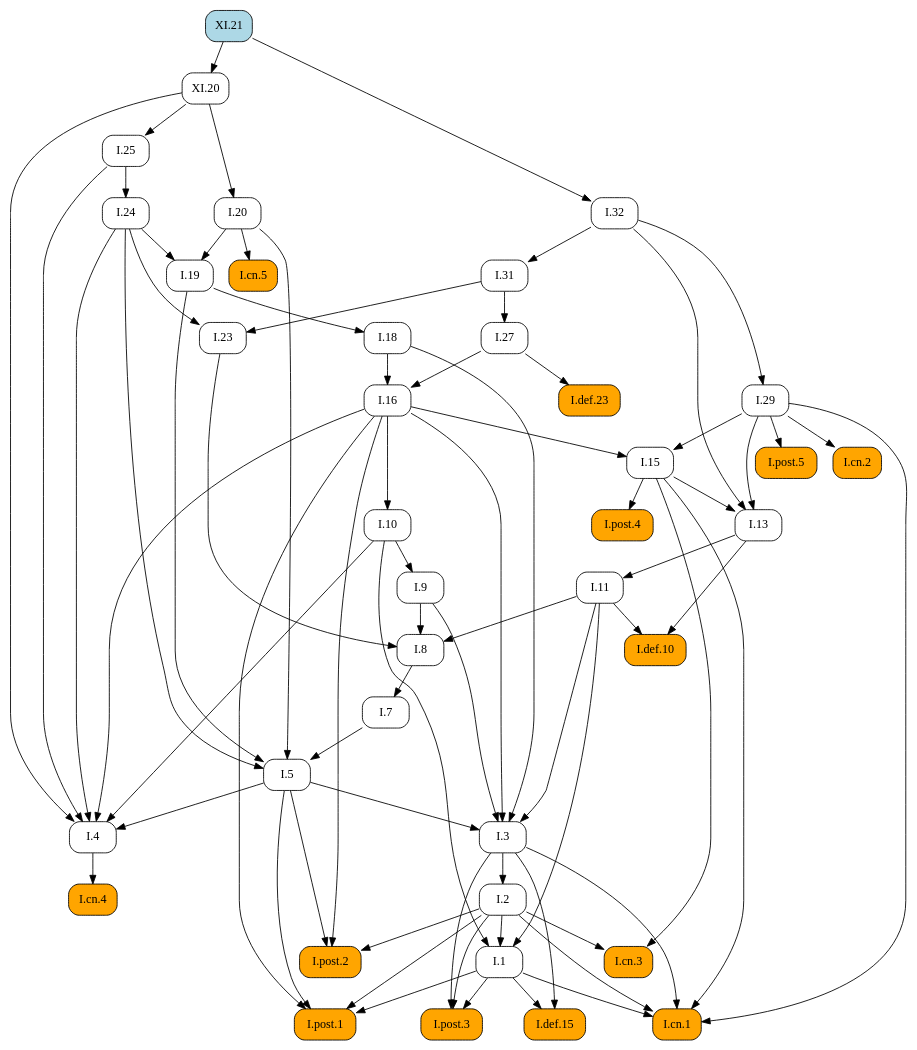
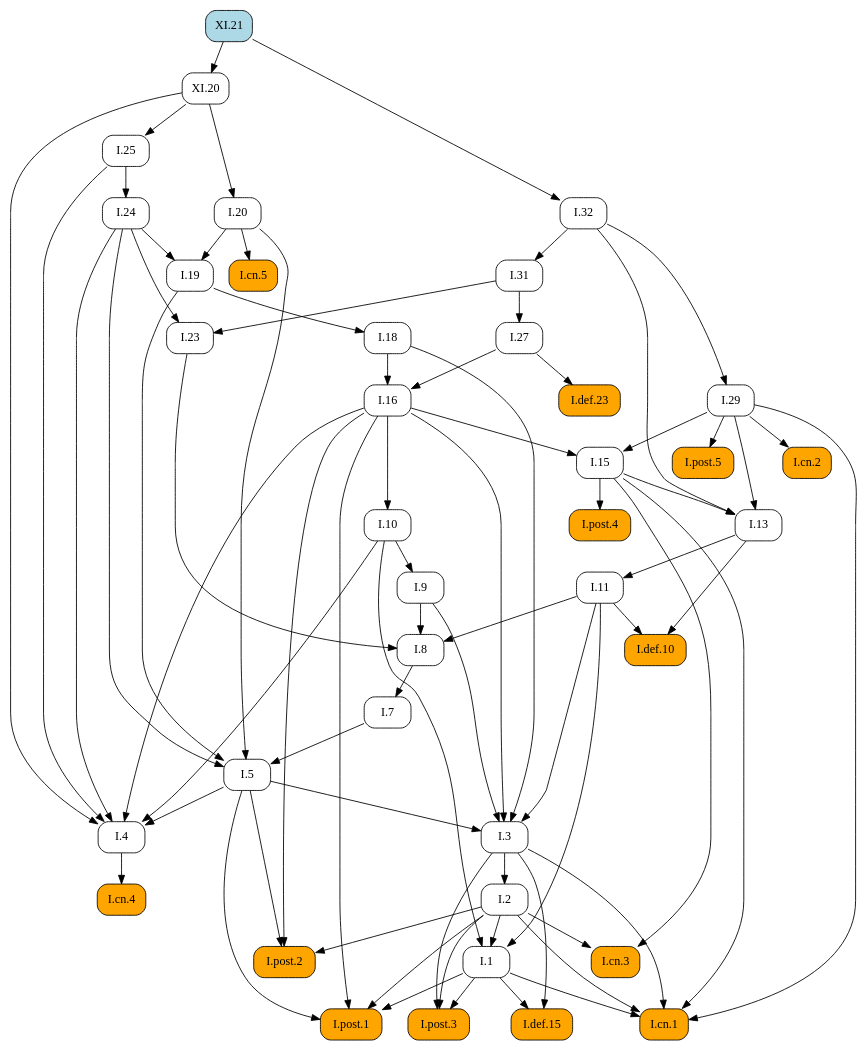
Before and after one commit to geometor/elements: the diagram in docsrc/heath/XI/21/index.rst, drawn with Graphviz. The commit also changed other lines of this file and 484 other files, not shown here.

```diff
--- a/docsrc/heath/XI/21/index.rst
+++ b/docsrc/heath/XI/21/index.rst
@@ -38,115 +38,115 @@
    digraph {
      rankdir="TB";
      node [shape=box, style=rounded];
-     "I.def.10" [style="rounded,filled", fillcolor=orange, URL="/heath/I/def.10/", target="_top"];
-     "I.11" [URL="/heath/I/11/", target="_top"];
-     "I.cn.5" [style="rounded,filled", fillcolor=orange, URL="/heath/I/cn.5/", target="_top"];
-     "I.1" [URL="/heath/I/1/", target="_top"];
-     "I.post.4" [style="rounded,filled", fillcolor=orange, URL="/heath/I/post.4/", target="_top"];
-     "XI.20" [URL="/heath/XI/20/", target="_top"];
-     "I.29" [URL="/heath/I/29/", target="_top"];
-     "I.cn.2" [style="rounded,filled", fillcolor=orange, URL="/heath/I/cn.2/", target="_top"];
-     "I.18" [URL="/heath/I/18/", target="_top"];
+     "I.23" [URL="/heath/I/23/", target="_top"];
+     "I.9" [URL="/heath/I/9/", target="_top"];
+     "I.32" [URL="/heath/I/32/", target="_top"];
+     "I.25" [URL="/heath/I/25/", target="_top"];
      "I.def.15" [style="rounded,filled", fillcolor=orange, URL="/heath/I/def.15/", target="_top"];
      "I.post.3" [style="rounded,filled", fillcolor=orange, URL="/heath/I/post.3/", target="_top"];
-     "I.cn.1" [style="rounded,filled", fillcolor=orange, URL="/heath/I/cn.1/", target="_top"];
-     "I.cn.3" [style="rounded,filled", fillcolor=orange, URL="/heath/I/cn.3/", target="_top"];
-     "I.25" [URL="/heath/I/25/", target="_top"];
-     "I.23" [URL="/heath/I/23/", target="_top"];
      "I.post.1" [style="rounded,filled", fillcolor=orange, URL="/heath/I/post.1/", target="_top"];
-     "I.27" [URL="/heath/I/27/", target="_top"];
-     "I.7" [URL="/heath/I/7/", target="_top"];
-     "I.20" [URL="/heath/I/20/", target="_top"];
-     "I.24" [URL="/heath/I/24/", target="_top"];
-     "I.3" [URL="/heath/I/3/", target="_top"];
-     "I.2" [URL="/heath/I/2/", target="_top"];
-     "I.4" [URL="/heath/I/4/", target="_top"];
-     "I.def.23" [style="rounded,filled", fillcolor=orange, URL="/heath/I/def.23/", target="_top"];
-     "I.13" [URL="/heath/I/13/", target="_top"];
+     "I.19" [URL="/heath/I/19/", target="_top"];
      "XI.21" [style="rounded,filled", fillcolor=lightblue, URL="/heath/XI/21/", target="_top"];
      "I.31" [URL="/heath/I/31/", target="_top"];
+     "I.20" [URL="/heath/I/20/", target="_top"];
+     "I.def.10" [style="rounded,filled", fillcolor=orange, URL="/heath/I/def.10/", target="_top"];
+     "I.18" [URL="/heath/I/18/", target="_top"];
+     "I.27" [URL="/heath/I/27/", target="_top"];
+     "I.24" [URL="/heath/I/24/", target="_top"];
+     "I.cn.5" [style="rounded,filled", fillcolor=orange, URL="/heath/I/cn.5/", target="_top"];
+     "I.3" [URL="/heath/I/3/", target="_top"];
+     "I.cn.1" [style="rounded,filled", fillcolor=orange, URL="/heath/I/cn.1/", target="_top"];
+     "I.7" [URL="/heath/I/7/", target="_top"];
+     "I.2" [URL="/heath/I/2/", target="_top"];
+     "I.13" [URL="/heath/I/13/", target="_top"];
+     "I.post.4" [style="rounded,filled", fillcolor=orange, URL="/heath/I/post.4/", target="_top"];
+     "I.4" [URL="/heath/I/4/", target="_top"];
+     "I.1" [URL="/heath/I/1/", target="_top"];
+     "I.5" [URL="/heath/I/5/", target="_top"];
+     "I.8" [URL="/heath/I/8/", target="_top"];
+     "I.29" [URL="/heath/I/29/", target="_top"];
+     "I.cn.3" [style="rounded,filled", fillcolor=orange, URL="/heath/I/cn.3/", target="_top"];
+     "I.16" [URL="/heath/I/16/", target="_top"];
+     "I.15" [URL="/heath/I/15/", target="_top"];
+     "I.10" [URL="/heath/I/10/", target="_top"];
+     "I.11" [URL="/heath/I/11/", target="_top"];
+     "I.def.23" [style="rounded,filled", fillcolor=orange, URL="/heath/I/def.23/", target="_top"];
+     "I.cn.2" [style="rounded,filled", fillcolor=orange, URL="/heath/I/cn.2/", target="_top"];
+     "I.post.5" [style="rounded,filled", fillcolor=orange, URL="/heath/I/post.5/", target="_top"];
+     "I.cn.4" [style="rounded,filled", fillcolor=orange, URL="/heath/I/cn.4/", target="_top"];
      "I.post.2" [style="rounded,filled", fillcolor=orange, URL="/heath/I/post.2/", target="_top"];
-     "I.16" [URL="/heath/I/16/", target="_top"];
-     "I.19" [URL="/heath/I/19/", target="_top"];
-     "I.9" [URL="/heath/I/9/", target="_top"];
-     "I.32" [URL="/heath/I/32/", target="_top"];
-     "I.8" [URL="/heath/I/8/", target="_top"];
-     "I.cn.4" [style="rounded,filled", fillcolor=orange, URL="/heath/I/cn.4/", target="_top"];
-     "I.15" [URL="/heath/I/15/", target="_top"];
-     "I.post.5" [style="rounded,filled", fillcolor=orange, URL="/heath/I/post.5/", target="_top"];
-     "I.10" [URL="/heath/I/10/", target="_top"];
-     "I.5" [URL="/heath/I/5/", target="_top"];
-     "I.11" -> "I.def.10";
-     "I.13" -> "I.def.10";
-     "I.13" -> "I.11";
-     "I.20" -> "I.cn.5";
-     "I.2" -> "I.1";
-     "I.10" -> "I.1";
-     "I.11" -> "I.1";
-     "I.15" -> "I.post.4";
-     "XI.21" -> "XI.20";
-     "I.32" -> "I.29";
-     "I.29" -> "I.cn.2";
-     "I.19" -> "I.18";
+     "XI.20" [URL="/heath/XI/20/", target="_top"];
+     "I.24" -> "I.23";
+     "I.31" -> "I.23";
+     "I.10" -> "I.9";
+     "XI.21" -> "I.32";
+     "XI.20" -> "I.25";
      "I.1" -> "I.def.15";
      "I.3" -> "I.def.15";
      "I.1" -> "I.post.3";
      "I.2" -> "I.post.3";
      "I.3" -> "I.post.3";
+     "I.1" -> "I.post.1";
+     "I.2" -> "I.post.1";
+     "I.5" -> "I.post.1";
+     "I.16" -> "I.post.1";
+     "I.20" -> "I.19";
+     "I.24" -> "I.19";
+     "I.32" -> "I.31";
+     "XI.20" -> "I.20";
+     "I.11" -> "I.def.10";
+     "I.13" -> "I.def.10";
+     "I.19" -> "I.18";
+     "I.31" -> "I.27";
+     "I.25" -> "I.24";
+     "I.20" -> "I.cn.5";
+     "I.5" -> "I.3";
+     "I.9" -> "I.3";
+     "I.11" -> "I.3";
+     "I.16" -> "I.3";
+     "I.18" -> "I.3";
      "I.1" -> "I.cn.1";
      "I.2" -> "I.cn.1";
      "I.3" -> "I.cn.1";
      "I.15" -> "I.cn.1";
      "I.29" -> "I.cn.1";
-     "I.2" -> "I.cn.3";
-     "I.15" -> "I.cn.3";
-     "XI.20" -> "I.25";
-     "I.24" -> "I.23";
-     "I.31" -> "I.23";
-     "I.1" -> "I.post.1";
-     "I.2" -> "I.post.1";
-     "I.5" -> "I.post.1";
-     "I.16" -> "I.post.1";
-     "I.31" -> "I.27";
      "I.8" -> "I.7";
-     "XI.20" -> "I.20";
-     "I.25" -> "I.24";
-     "I.5" -> "I.3";
-     "I.9" -> "I.3";
-     "I.11" -> "I.3";
-     "I.16" -> "I.3";
-     "I.18" -> "I.3";
      "I.3" -> "I.2";
+     "I.15" -> "I.13";
+     "I.29" -> "I.13";
+     "I.32" -> "I.13";
+     "I.15" -> "I.post.4";
      "I.5" -> "I.4";
      "I.10" -> "I.4";
      "I.16" -> "I.4";
      "I.24" -> "I.4";
      "I.25" -> "I.4";
      "XI.20" -> "I.4";
-     "I.27" -> "I.def.23";
-     "I.15" -> "I.13";
-     "I.29" -> "I.13";
-     "I.32" -> "I.13";
-     "I.32" -> "I.31";
-     "I.2" -> "I.post.2";
-     "I.5" -> "I.post.2";
-     "I.16" -> "I.post.2";
-     "I.18" -> "I.16";
-     "I.27" -> "I.16";
-     "I.20" -> "I.19";
-     "I.24" -> "I.19";
-     "I.10" -> "I.9";
-     "XI.21" -> "I.32";
-     "I.9" -> "I.8";
-     "I.11" -> "I.8";
-     "I.23" -> "I.8";
-     "I.4" -> "I.cn.4";
-     "I.16" -> "I.15";
-     "I.29" -> "I.15";
-     "I.29" -> "I.post.5";
-     "I.16" -> "I.10";
+     "I.2" -> "I.1";
+     "I.10" -> "I.1";
+     "I.11" -> "I.1";
      "I.7" -> "I.5";
      "I.19" -> "I.5";
      "I.20" -> "I.5";
      "I.24" -> "I.5";
+     "I.9" -> "I.8";
+     "I.11" -> "I.8";
+     "I.23" -> "I.8";
+     "I.32" -> "I.29";
+     "I.2" -> "I.cn.3";
+     "I.15" -> "I.cn.3";
+     "I.18" -> "I.16";
+     "I.27" -> "I.16";
+     "I.16" -> "I.15";
+     "I.29" -> "I.15";
+     "I.16" -> "I.10";
+     "I.13" -> "I.11";
+     "I.27" -> "I.def.23";
+     "I.29" -> "I.cn.2";
+     "I.29" -> "I.post.5";
+     "I.4" -> "I.cn.4";
+     "I.2" -> "I.post.2";
+     "I.5" -> "I.post.2";
+     "I.16" -> "I.post.2";
+     "XI.21" -> "XI.20";
    }
```
